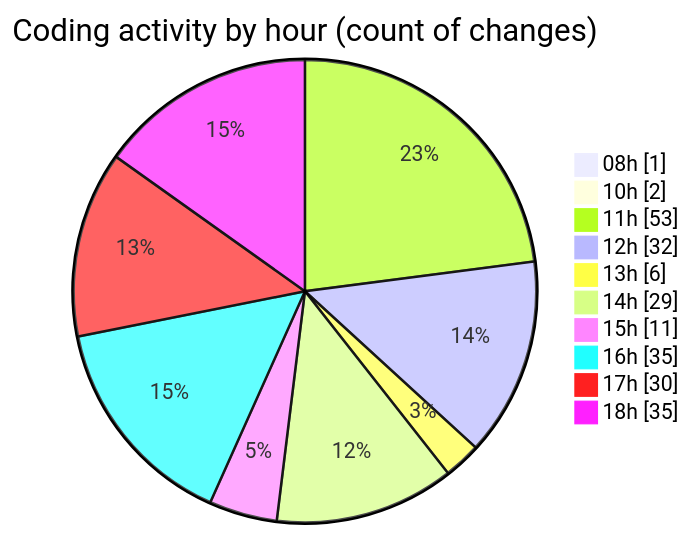
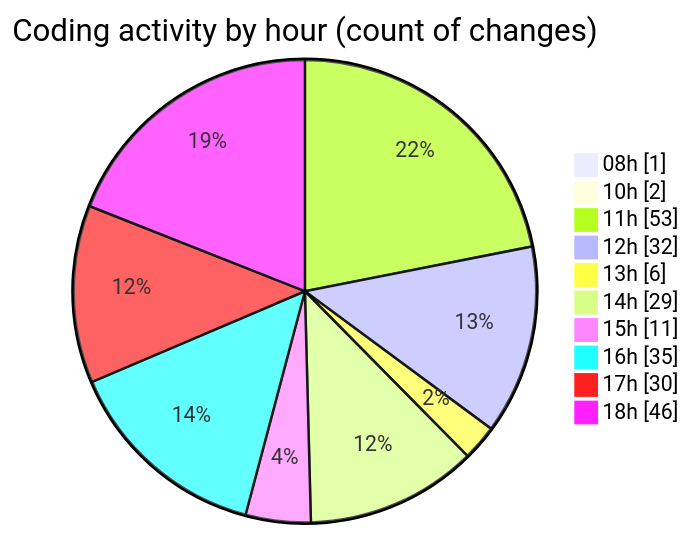
Before and after one commit to momahboobian/code-tracking: the second of 2 diagrams in 2025-07-03/cda/README.md, drawn with Mermaid. The commit also changed other lines of this file and 1 other file, not shown here.

````diff
--- a/2025-07-03/cda/README.md
+++ b/2025-07-03/cda/README.md
@@ -58,14 +59,14 @@
 ```mermaid
 pie showData
 title Coding activity by hour (count of changes)
 "08h" : 1
 "10h" : 2
 "11h" : 53
 "12h" : 32
 "13h" : 6
 "14h" : 29
 "15h" : 11
 "16h" : 35
 "17h" : 30
-"18h" : 35
+"18h" : 46
 ```
````
